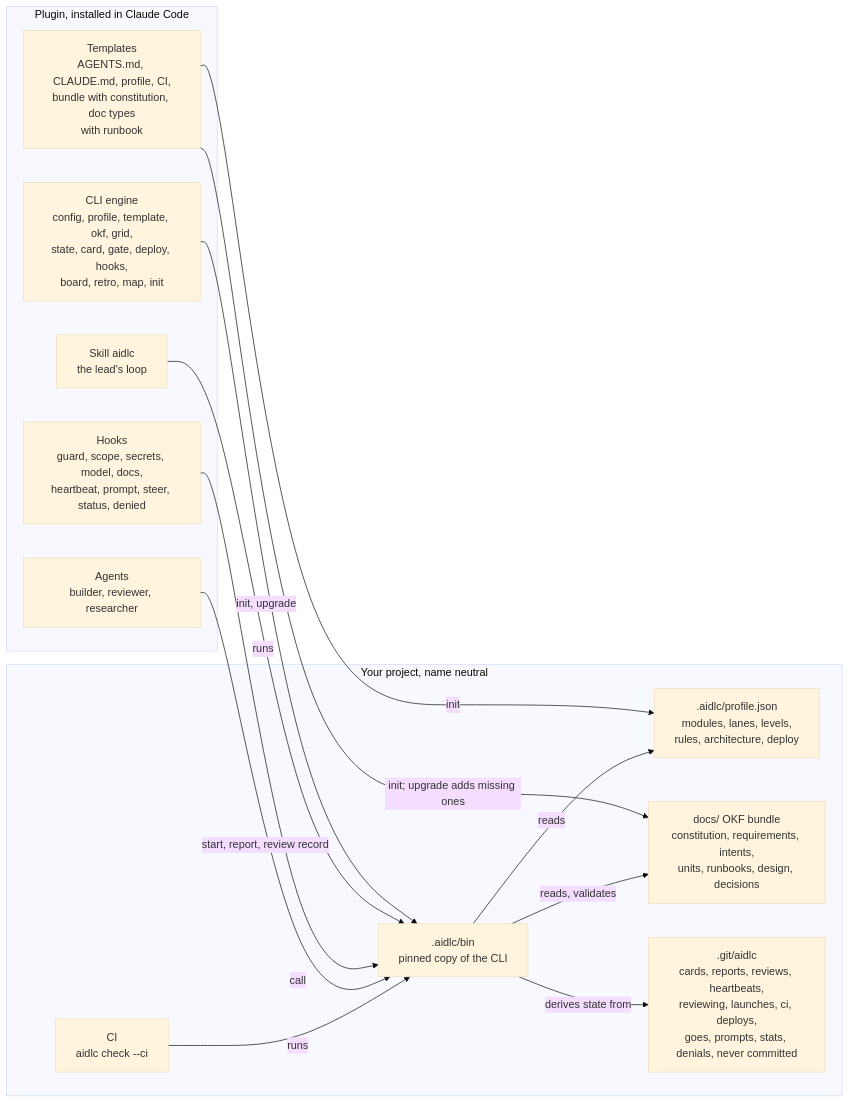
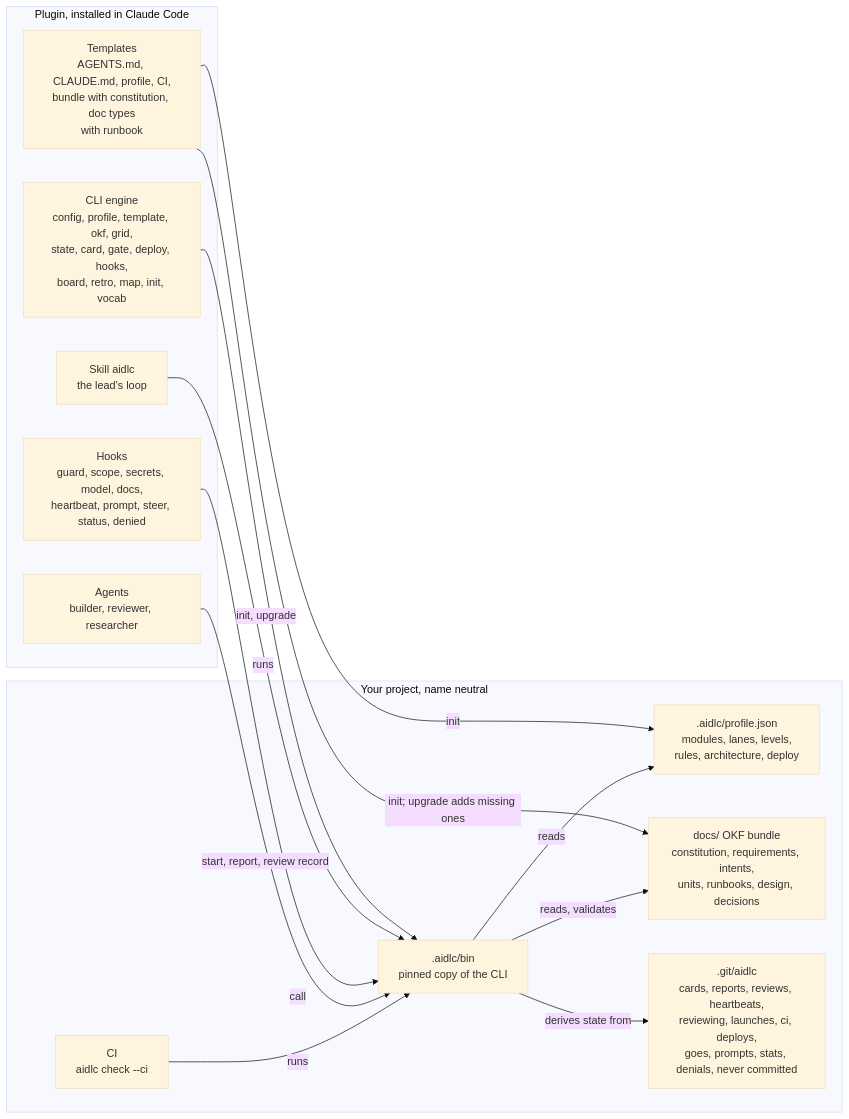
The second of 2 diagrams in README.md (Scrollout/aidlc-team-plugin), drawn with Mermaid (base theme) before and after one commit. The commit also changed 8 other files, not shown here.

````diff
--- a/README.md
+++ b/README.md
@@ -77,29 +77,29 @@
 ```mermaid
 flowchart LR
   subgraph plugin["Plugin, installed in Claude Code"]
     skill["Skill aidlc<br/>the lead's loop"]
     agents["Agents<br/>builder, reviewer, researcher"]
     hooks["Hooks<br/>guard, scope, secrets, model, docs,<br/>heartbeat, prompt, steer, status, denied"]
-    cli["CLI engine<br/>config, profile, template, okf, grid,<br/>state, card, gate, deploy, hooks,<br/>board, retro, map, init"]
+    cli["CLI engine<br/>config, profile, template, okf, grid,<br/>state, card, gate, deploy, hooks,<br/>board, retro, map, init, vocab"]
     templates["Templates<br/>AGENTS.md, CLAUDE.md, profile, CI,<br/>bundle with constitution, doc types<br/>with runbook"]
   end
 
   subgraph project["Your project, name neutral"]
     profile[".aidlc/profile.json<br/>modules, lanes, levels,<br/>rules, architecture, deploy"]
     bin[".aidlc/bin<br/>pinned copy of the CLI"]
     docs["docs/ OKF bundle<br/>constitution, requirements, intents,<br/>units, runbooks, design, decisions"]
     runtime[".git/aidlc<br/>cards, reports, reviews, heartbeats,<br/>reviewing, launches, ci, deploys,<br/>goes, prompts, stats, denials, never committed"]
     ci["CI<br/>aidlc check --ci"]
   end
 
   templates -- "init" --> profile
   templates -- "init; upgrade adds missing ones" --> docs
   cli -- "init, upgrade" --> bin
   skill -- "runs" --> bin
   hooks -- "call" --> bin
   agents -- "start, report, review record" --> bin
   ci -- "runs" --> bin
   bin -- "reads, validates" --> docs
   bin -- "reads" --> profile
   bin -- "derives state from" --> runtime
 ```
````
